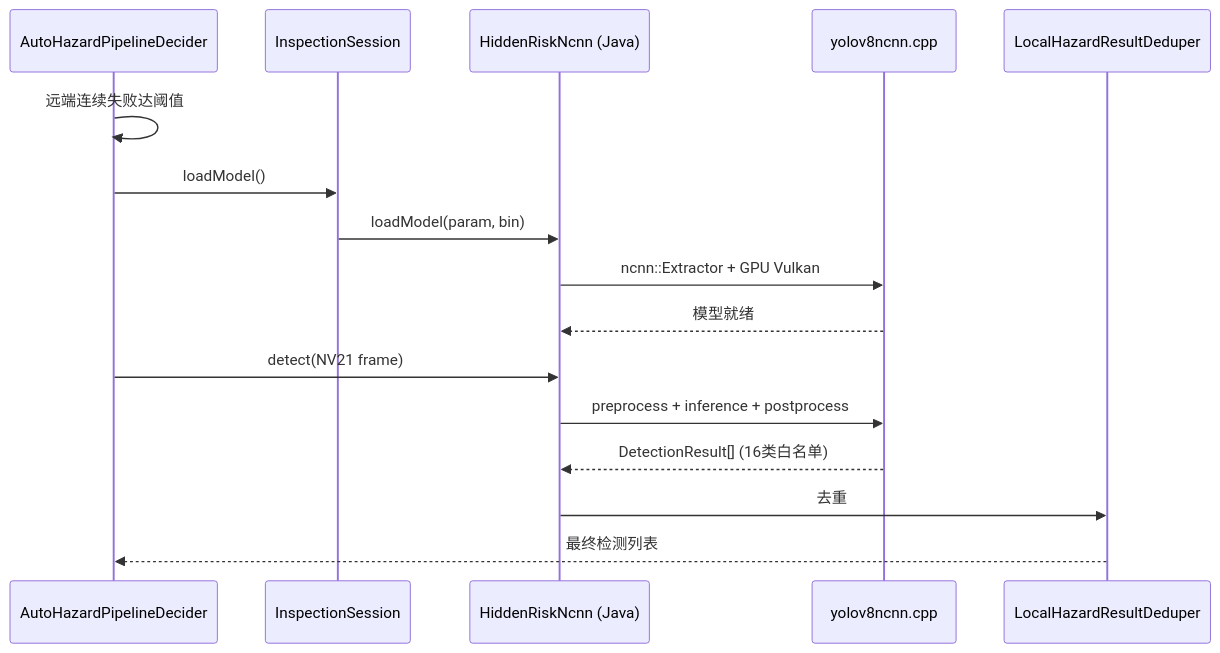
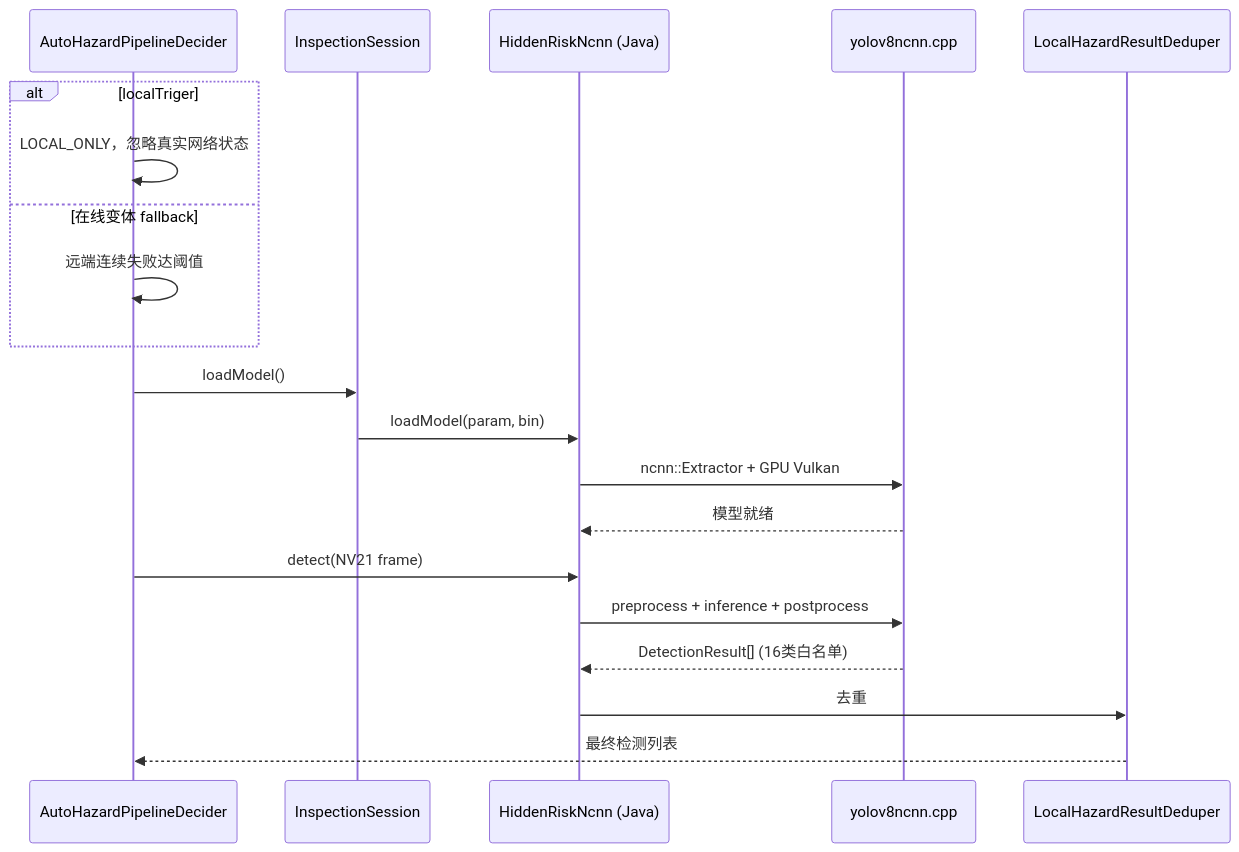
One commit to WuChaoli/HiddenRiskGlass changed the fifth of 9 diagrams in docs/CODEMAPS.md. Above: the diagram before and after it, drawn with Mermaid. The commit also changed other lines of this file and 29 other files, not shown here.

Commit message:
feat: 启用 localTriger 完全离线巡检

````diff
--- a/docs/CODEMAPS.md
+++ b/docs/CODEMAPS.md
@@ -215,19 +221,23 @@
 ```mermaid
 sequenceDiagram
     participant Decider as AutoHazardPipelineDecider
     participant Session as InspectionSession
     participant JNI as HiddenRiskNcnn (Java)
     participant Native as yolov8ncnn.cpp
     participant Dedup as LocalHazardResultDeduper
 
-    Decider->>Decider: 远端连续失败达阈值
+    alt localTriger
+        Decider->>Decider: LOCAL_ONLY，忽略真实网络状态
+    else 在线变体 fallback
+        Decider->>Decider: 远端连续失败达阈值
+    end
     Decider->>Session: loadModel()
     Session->>JNI: loadModel(param, bin)
     JNI->>Native: ncnn::Extractor + GPU Vulkan
     Native-->>JNI: 模型就绪
     Decider->>JNI: detect(NV21 frame)
     JNI->>Native: preprocess + inference + postprocess
     Native-->>JNI: DetectionResult[] (16类白名单)
     JNI->>Dedup: 去重
     Dedup-->>Decider: 最终检测列表
 ```
````
